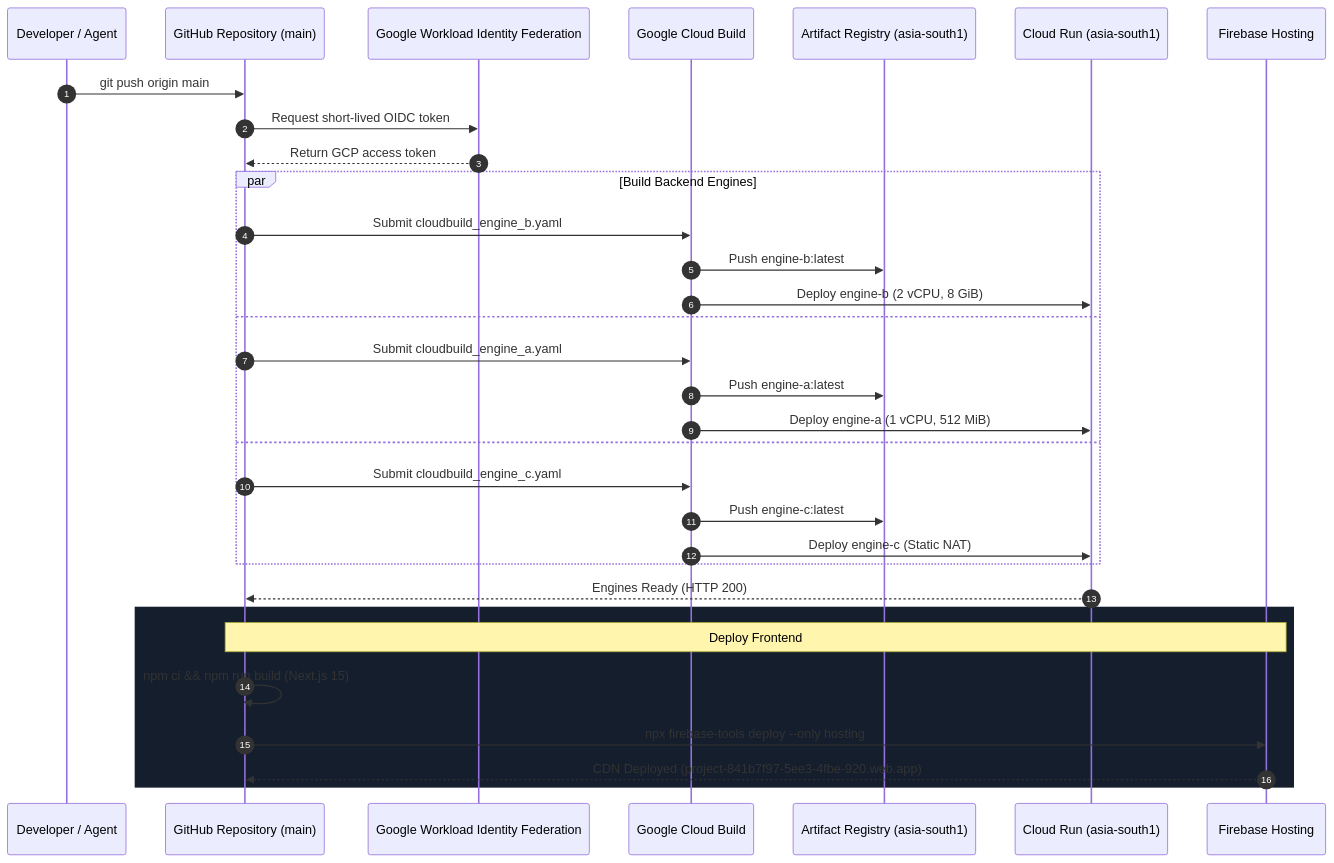
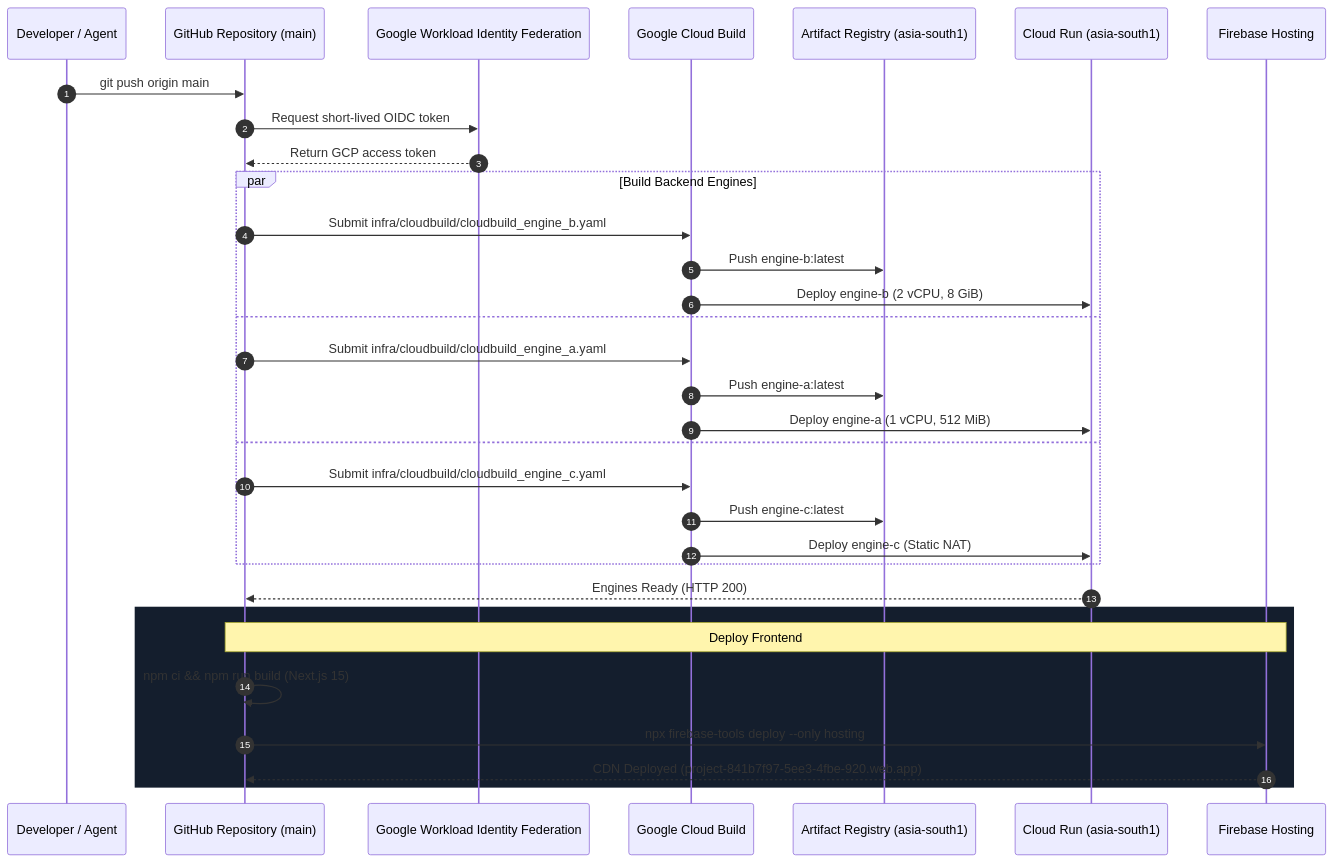
Before and after one commit to raghu-1718/InfinityAI.Pro: the fourth of 4 diagrams in README.md, drawn with Mermaid. The commit also changed other lines of this file and 110 other files, not shown here.

````diff
--- a/README.md
+++ b/README.md
@@ -296,38 +337,38 @@
 ```mermaid
 sequenceDiagram
     autonumber
     participant Dev as Developer / Agent
     participant GitHub as GitHub Repository (main)
     participant WIF as Google Workload Identity Federation
     participant GCB as Google Cloud Build
     participant AR as Artifact Registry (asia-south1)
     participant CR as Cloud Run (asia-south1)
     participant FB as Firebase Hosting
 
     Dev->>GitHub: git push origin main
     GitHub->>WIF: Request short-lived OIDC token
     WIF-->>GitHub: Return GCP access token
     
     par Build Backend Engines
-        GitHub->>GCB: Submit cloudbuild_engine_b.yaml
+        GitHub->>GCB: Submit infra/cloudbuild/cloudbuild_engine_b.yaml
         GCB->>AR: Push engine-b:latest
         GCB->>CR: Deploy engine-b (2 vCPU, 8 GiB)
     and
-        GitHub->>GCB: Submit cloudbuild_engine_a.yaml
+        GitHub->>GCB: Submit infra/cloudbuild/cloudbuild_engine_a.yaml
         GCB->>AR: Push engine-a:latest
         GCB->>CR: Deploy engine-a (1 vCPU, 512 MiB)
     and
-        GitHub->>GCB: Submit cloudbuild_engine_c.yaml
+        GitHub->>GCB: Submit infra/cloudbuild/cloudbuild_engine_c.yaml
         GCB->>AR: Push engine-c:latest
         GCB->>CR: Deploy engine-c (Static NAT)
     end
 
     CR-->>GitHub: Engines Ready (HTTP 200)
     
     rect rgb(20, 30, 45)
         Note over GitHub,FB: Deploy Frontend
         GitHub->>GitHub: npm ci && npm run build (Next.js 15)
         GitHub->>FB: npx firebase-tools deploy --only hosting
         FB-->>GitHub: CDN Deployed (project-841b7f97-5ee3-4fbe-920.web.app)
     end
 ```
````
